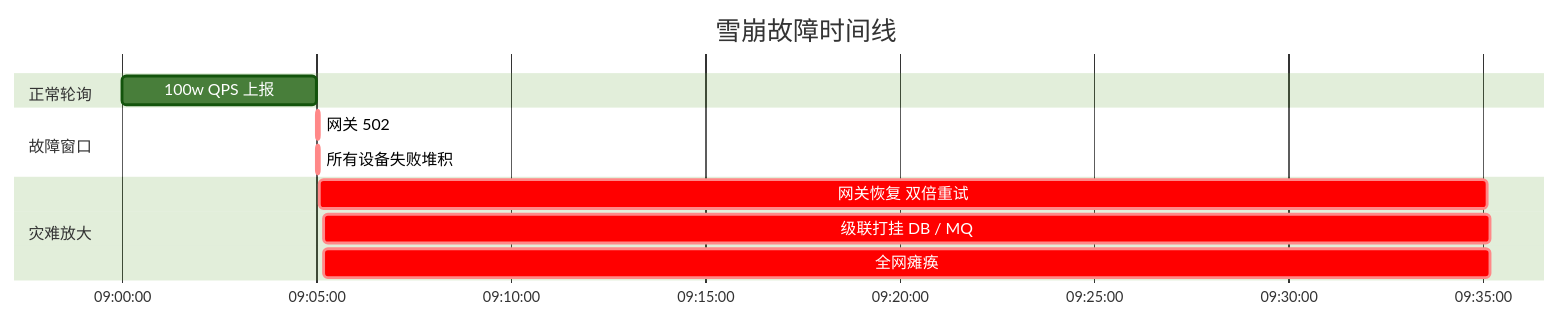
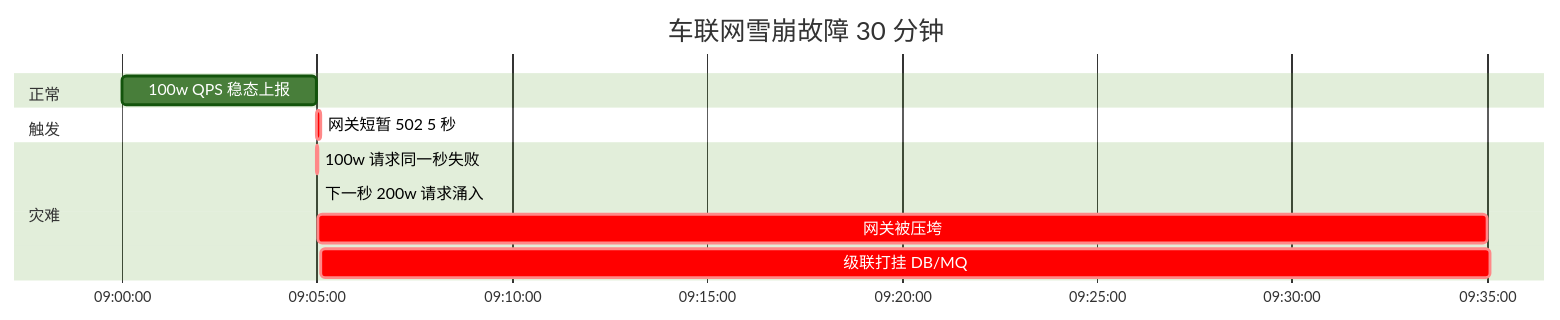
The first of 7 diagrams in docs/10.真经/05.方案设计思想/18.通用轮训方案设计.md (chongyang211/YCBookBlog), drawn with Mermaid (forest theme) before and after one commit. The commit also changed other lines of this file and 36 other files, not shown here.

````diff
--- a/docs/10.真经/05.方案设计思想/18.通用轮训方案设计.md
+++ b/docs/10.真经/05.方案设计思想/18.通用轮训方案设计.md
@@ -73,18 +97,18 @@
 ```mermaid
 gantt
-    title 雪崩故障时间线
+    title 车联网雪崩故障 30 分钟
     dateFormat HH:mm:ss
     axisFormat %H:%M:%S
-    
-    section 正常轮询
-    100w QPS 上报      :a, 09:00:00, 5m
-    
-    section 故障窗口
-    网关 502         :crit, b, 09:05:00, 5s
-    所有设备失败堆积   :crit, c, 09:05:00, 5s
-    
-    section 灾难放大
-    网关恢复 双倍重试 :crit, d, 09:05:05, 30m
-    级联打挂 DB / MQ  :crit, e, 09:05:10, 30m
-    全网瘫痪          :crit, f, 09:05:10, 30m
+
+    section 正常
+    100w QPS 稳态上报   :a, 09:00:00, 5m
+
+    section 触发
+    网关短暂 502 5 秒   :crit, b, 09:05:00, 5s
+
+    section 灾难
+    100w 请求同一秒失败 :crit, c, 09:05:00, 1s
+    下一秒 200w 请求涌入 :crit, d, 09:05:01, 1s
+    网关被压垮          :crit, e, 09:05:01, 30m
+    级联打挂 DB/MQ      :crit, f, 09:05:05, 30m
 ```
````
